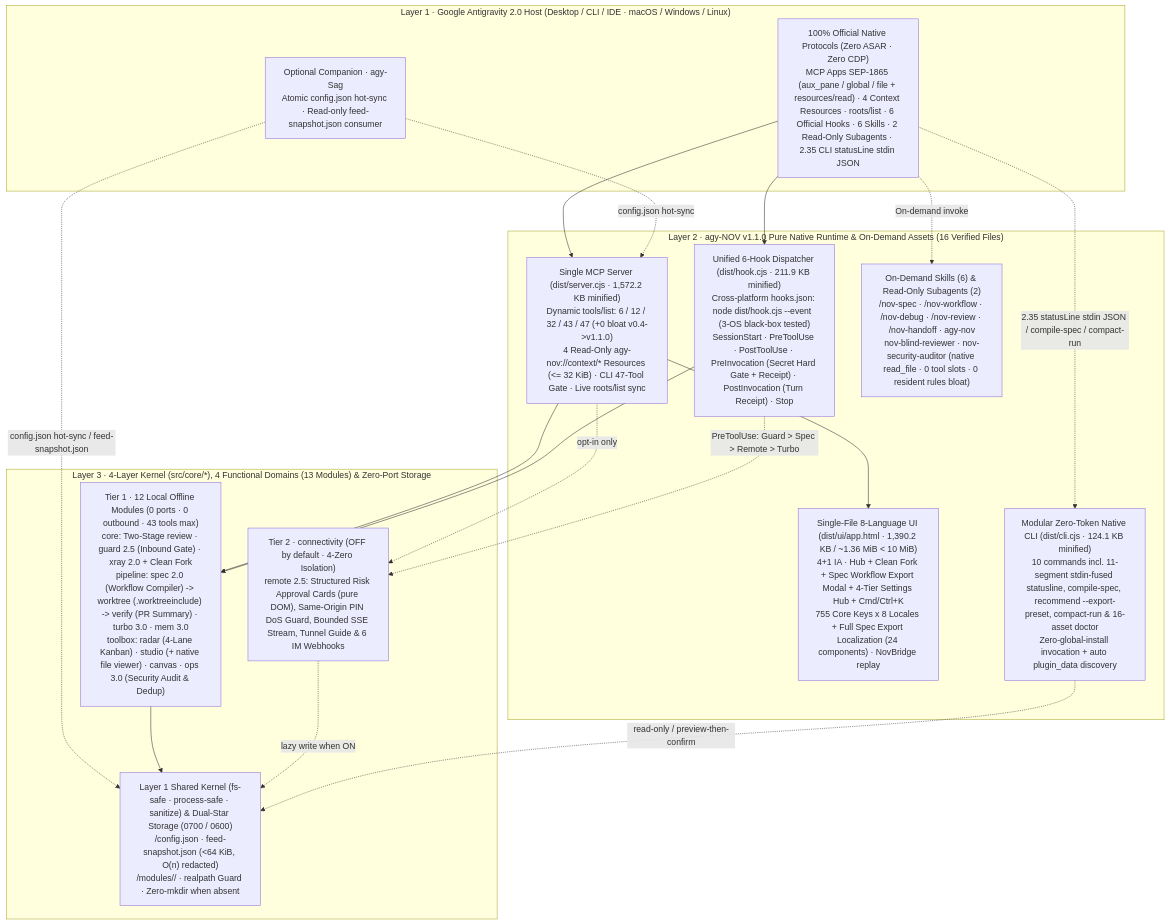
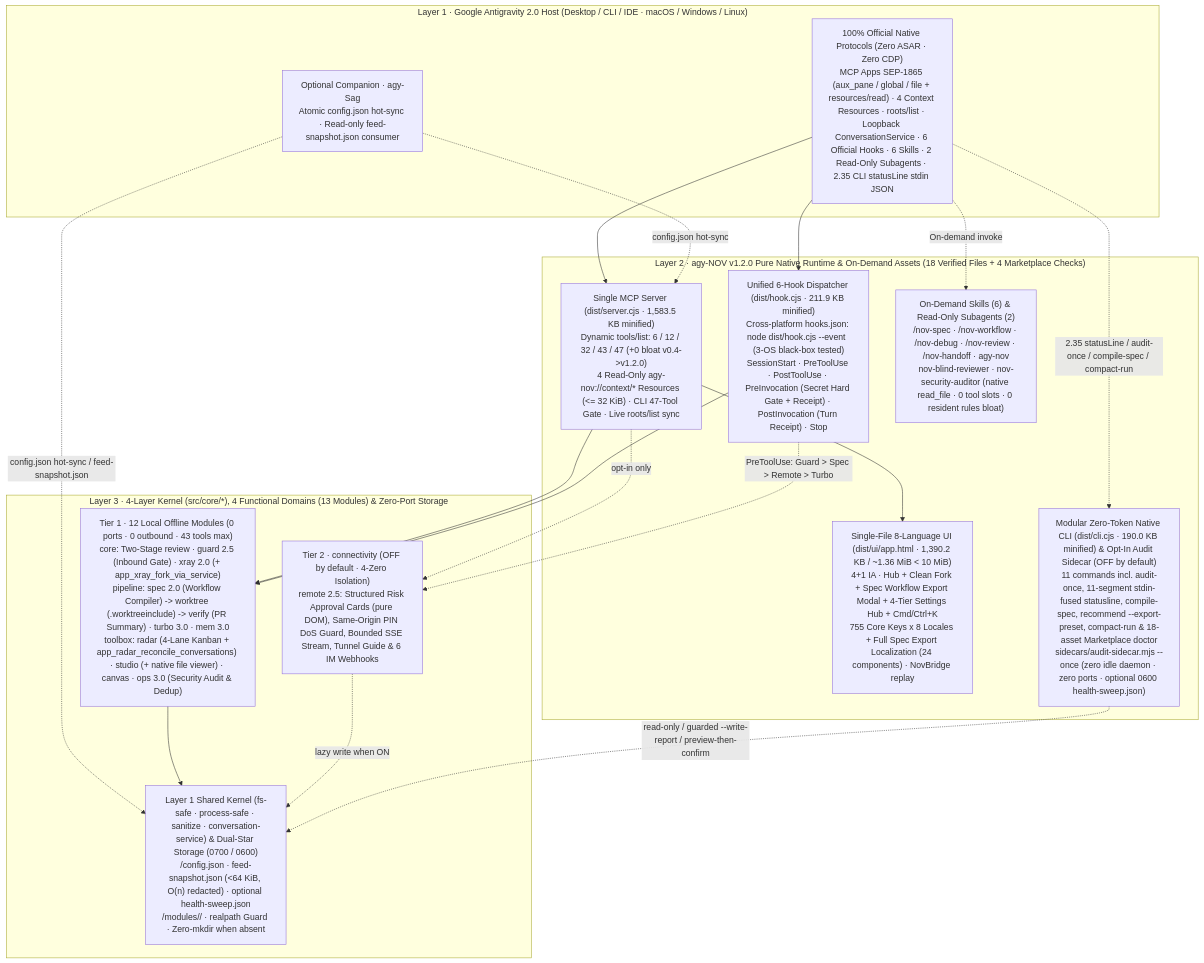
Before and after one commit to tone-leh/agy-NOV: the diagram in README.md, drawn with Mermaid. The commit also changed other lines of this file and 38 other files, not shown here.

Commit message:
feat(v1.2.0): opt-in read-only audit sidecar, loopback ConversationService bridge & Marketplace readiness

````diff
--- a/README.md
+++ b/README.md
@@ -269,36 +277,36 @@
 ```mermaid
 flowchart TB
   subgraph L1["Layer 1 · Google Antigravity 2.0 Host (Desktop / CLI / IDE · macOS / Windows / Linux)"]
-    Host["100% Official Native Protocols (Zero ASAR · Zero CDP)\nMCP Apps SEP-1865 (aux_pane / global / file + resources/read) · 4 Context Resources · roots/list · 6 Official Hooks · 6 Skills · 2 Read-Only Subagents · 2.35 CLI statusLine stdin JSON"]
+    Host["100% Official Native Protocols (Zero ASAR · Zero CDP)\nMCP Apps SEP-1865 (aux_pane / global / file + resources/read) · 4 Context Resources · roots/list · Loopback ConversationService · 6 Official Hooks · 6 Skills · 2 Read-Only Subagents · 2.35 CLI statusLine stdin JSON"]
     Sag["Optional Companion · agy-Sag\nAtomic config.json hot-sync · Read-only feed-snapshot.json consumer"]
   end
 
-  subgraph L2["Layer 2 · agy-NOV v1.1.0 Pure Native Runtime & On-Demand Assets (16 Verified Files)"]
-    MCP["Single MCP Server (dist/server.cjs · 1,572.2 KB minified)\nDynamic tools/list: 6 / 12 / 32 / 43 / 47 (+0 bloat v0.4->v1.1.0)\n4 Read-Only agy-nov://context/* Resources (<= 32 KiB) · CLI 47-Tool Gate · Live roots/list sync"]
+  subgraph L2["Layer 2 · agy-NOV v1.2.0 Pure Native Runtime & On-Demand Assets (18 Verified Files + 4 Marketplace Checks)"]
+    MCP["Single MCP Server (dist/server.cjs · 1,583.5 KB minified)\nDynamic tools/list: 6 / 12 / 32 / 43 / 47 (+0 bloat v0.4->v1.2.0)\n4 Read-Only agy-nov://context/* Resources (<= 32 KiB) · CLI 47-Tool Gate · Live roots/list sync"]
     Hook["Unified 6-Hook Dispatcher (dist/hook.cjs · 211.9 KB minified)\nCross-platform hooks.json: node dist/hook.cjs --event <Event> (3-OS black-box tested)\nSessionStart · PreToolUse · PostToolUse · PreInvocation (Secret Hard Gate + Receipt) · PostInvocation (Turn Receipt) · Stop"]
     UI["Single-File 8-Language UI (dist/ui/app.html · 1,390.2 KB / ~1.36 MiB < 10 MiB)\n4+1 IA · Hub + Clean Fork + Spec Workflow Export Modal + 4-Tier Settings Hub + Cmd/Ctrl+K\n755 Core Keys x 8 Locales + Full Spec Export Localization (24 components) · NovBridge replay"]
     Playbooks["On-Demand Skills (6) & Read-Only Subagents (2)\n/nov-spec · /nov-workflow · /nov-debug · /nov-review · /nov-handoff · agy-nov\nnov-blind-reviewer · nov-security-auditor (native read_file · 0 tool slots · 0 resident rules bloat)"]
-    CLI["Modular Zero-Token Native CLI (dist/cli.cjs · 124.1 KB minified)\n10 commands incl. 11-segment stdin-fused statusline, compile-spec, recommend --export-preset, compact-run & 16-asset doctor\nZero-global-install invocation + auto plugin_data discovery"]
+    CLI["Modular Zero-Token Native CLI (dist/cli.cjs · 190.0 KB minified) & Opt-In Audit Sidecar (OFF by default)\n11 commands incl. audit-once, 11-segment stdin-fused statusline, compile-spec, recommend --export-preset, compact-run & 18-asset Marketplace doctor\nsidecars/audit-sidecar.mjs --once (zero idle daemon · zero ports · optional 0600 health-sweep.json)"]
   end
 
   subgraph L3["Layer 3 · 4-Layer Kernel (src/core/*), 4 Functional Domains (13 Modules) & Zero-Port Storage"]
-    T1["Tier 1 · 12 Local Offline Modules (0 ports · 0 outbound · 43 tools max)\ncore: Two-Stage review · guard 2.5 (Inbound Gate) · xray 2.0 + Clean Fork\npipeline: spec 2.0 (Workflow Compiler) -> worktree (.worktreeinclude) -> verify (PR Summary) · turbo 3.0 · mem 3.0\ntoolbox: radar (4-Lane Kanban) · studio (+ native file viewer) · canvas · ops 3.0 (Security Audit & Dedup)"]
+    T1["Tier 1 · 12 Local Offline Modules (0 ports · 0 outbound · 43 tools max)\ncore: Two-Stage review · guard 2.5 (Inbound Gate) · xray 2.0 (+ app_xray_fork_via_service)\npipeline: spec 2.0 (Workflow Compiler) -> worktree (.worktreeinclude) -> verify (PR Summary) · turbo 3.0 · mem 3.0\ntoolbox: radar (4-Lane Kanban + app_radar_reconcile_conversations) · studio (+ native file viewer) · canvas · ops 3.0 (Security Audit & Dedup)"]
     T2R["Tier 2 · connectivity (OFF by default · 4-Zero Isolation)\nremote 2.5: Structured Risk Approval Cards (pure DOM), Same-Origin PIN DoS Guard, Bounded SSE Stream, Tunnel Guide & 6 IM Webhooks"]
-    Store["Layer 1 Shared Kernel (fs-safe · process-safe · sanitize) & Dual-Star Storage (0700 / 0600)\n<dataDir>/config.json · feed-snapshot.json (<64 KiB, O(n) redacted)\n<dataDir>/modules/<id>/ · realpath Guard · Zero-mkdir when absent"]
+    Store["Layer 1 Shared Kernel (fs-safe · process-safe · sanitize · conversation-service) & Dual-Star Storage (0700 / 0600)\n<dataDir>/config.json · feed-snapshot.json (<64 KiB, O(n) redacted) · optional health-sweep.json\n<dataDir>/modules/<id>/ · realpath Guard · Zero-mkdir when absent"]
   end
 
   Host --> MCP
   Host --> Hook
   Host -. "On-demand invoke" .-> Playbooks
-  Host -. "2.35 statusLine stdin JSON / compile-spec / compact-run" .-> CLI
+  Host -. "2.35 statusLine / audit-once / compile-spec / compact-run" .-> CLI
   Sag -. "config.json hot-sync / feed-snapshot.json" .-> Store
   Sag -. "config.json hot-sync" .-> MCP
   MCP --> UI
   MCP --> T1
   MCP -. "opt-in only" .-> T2R
   Hook --> T1
   Hook -. "PreToolUse: Guard > Spec > Remote > Turbo" .-> T2R
   T1 --> Store
   T2R -. "lazy write when ON" .-> Store
-  CLI -. "read-only / preview-then-confirm" .-> Store
+  CLI -. "read-only / guarded --write-report / preview-then-confirm" .-> Store
 ```
````
